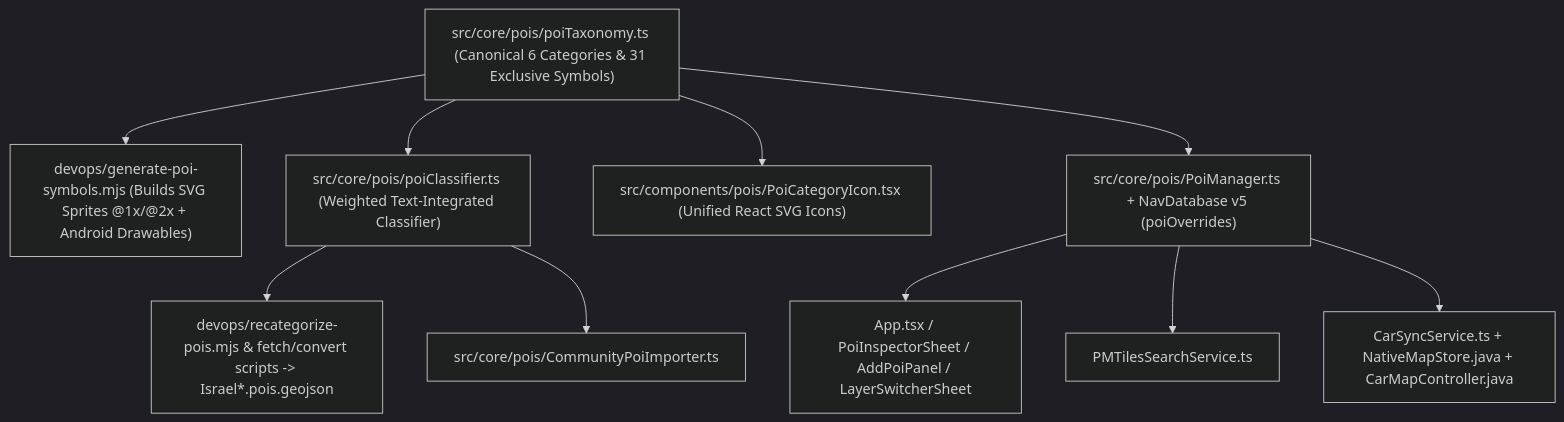
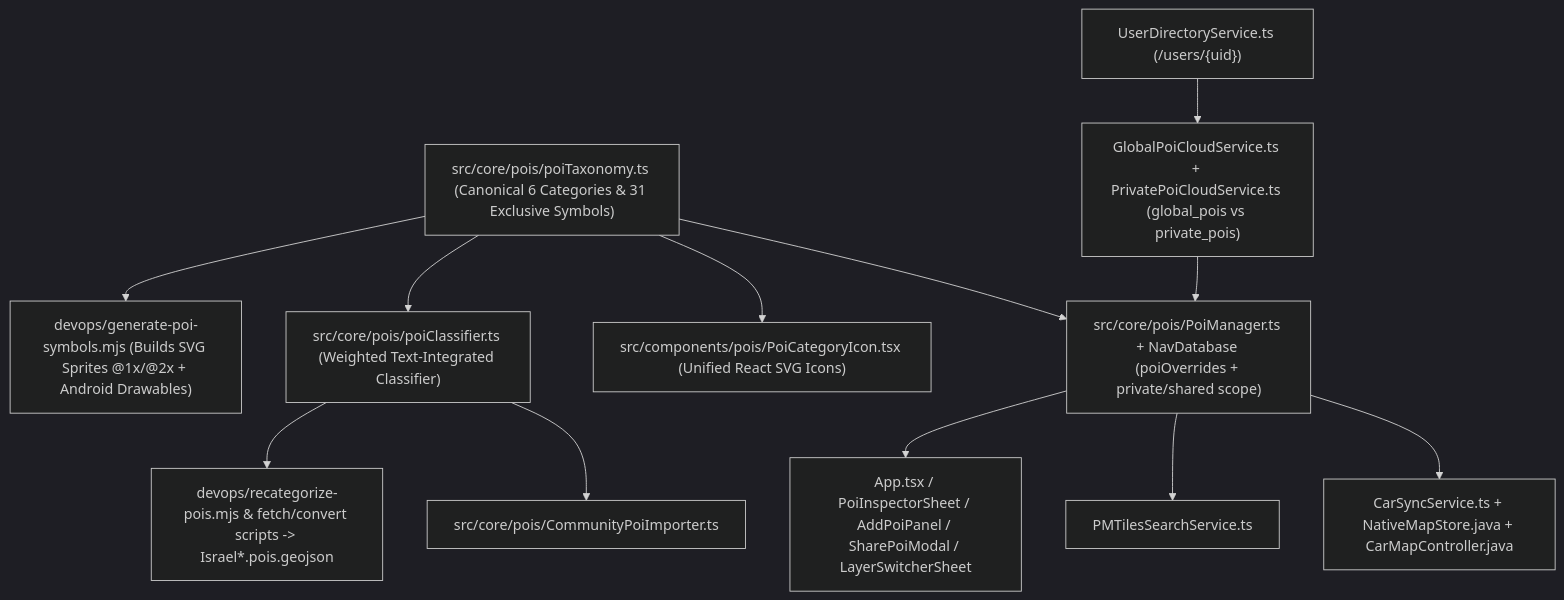
One commit to ohadmanor/NavApp changed the diagram in docs/poi-refactoring-implementation-plan.md. Above: the diagram before and after it, drawn with Mermaid (dark theme). The commit also changed other lines of this file and 25 other files, not shown here.

Commit message:
improve POI - share and privet

````diff
--- a/docs/poi-refactoring-implementation-plan.md
+++ b/docs/poi-refactoring-implementation-plan.md
@@ -10,12 +10,14 @@
 ```mermaid
 flowchart TD
     Tax["src/core/pois/poiTaxonomy.ts (Canonical 6 Categories & 31 Exclusive Symbols)"] --> Sprites["devops/generate-poi-symbols.mjs (Builds SVG Sprites @1x/@2x + Android Drawables)"]
     Tax --> Classifier["src/core/pois/poiClassifier.ts (Weighted Text-Integrated Classifier)"]
     Tax --> Icons["src/components/pois/PoiCategoryIcon.tsx (Unified React SVG Icons)"]
     Classifier --> Migration["devops/recategorize-pois.mjs & fetch/convert scripts -> Israel*.pois.geojson"]
     Classifier --> Importer["src/core/pois/CommunityPoiImporter.ts"]
-    Tax --> PoiMgr["src/core/pois/PoiManager.ts + NavDatabase v5 (poiOverrides)"]
-    PoiMgr --> MapUI["App.tsx / PoiInspectorSheet / AddPoiPanel / LayerSwitcherSheet"]
+    Tax --> PoiMgr["src/core/pois/PoiManager.ts + NavDatabase (poiOverrides + private/shared scope)"]
+    Cloud["GlobalPoiCloudService.ts + PrivatePoiCloudService.ts (global_pois vs private_pois)"] --> PoiMgr
+    UserDir["UserDirectoryService.ts (/users/{uid})"] --> Cloud
+    PoiMgr --> MapUI["App.tsx / PoiInspectorSheet / AddPoiPanel / SharePoiModal / LayerSwitcherSheet"]
     PoiMgr --> Search["PMTilesSearchService.ts"]
     PoiMgr --> CarSync["CarSyncService.ts + NativeMapStore.java + CarMapController.java"]
 ```
````
